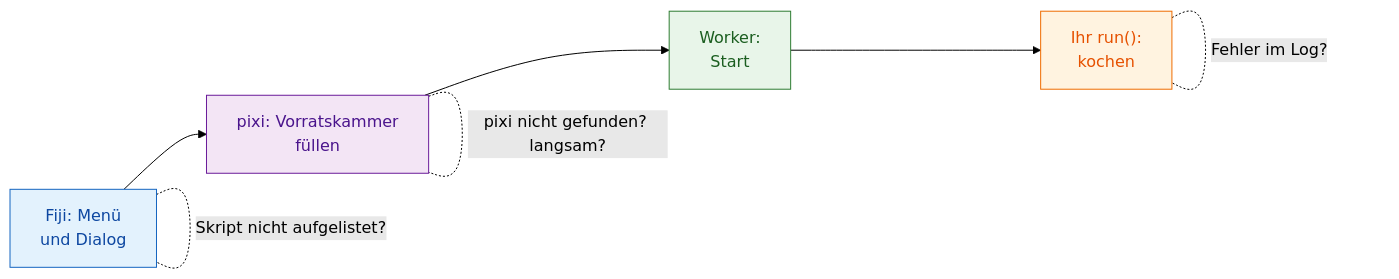
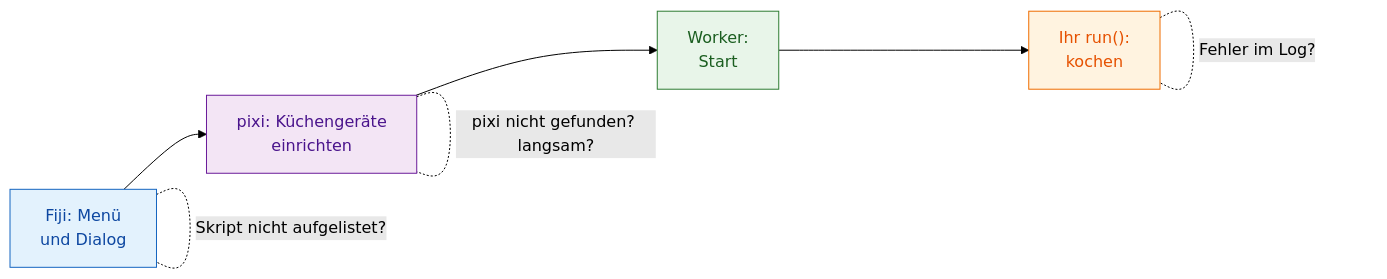
The diagram in guide/help/troubleshooting.de.md (Oxford-Zeiss-Centre-of-Excellence/Wavu), drawn with Mermaid (forest theme) before and after one commit. The commit also changed other lines of this file and 221 other files, not shown here.

````diff
--- a/guide/help/troubleshooting.de.md
+++ b/guide/help/troubleshooting.de.md
@@ -12,12 +12,12 @@
 ```mermaid
 flowchart LR
-    A["Fiji: Menü<br/>und Dialog"]:::fiji --> B["pixi: Vorratskammer<br/>füllen"]:::env --> C["Worker:<br/>Start"]:::worker --> D["Ihr run():<br/>kochen"]:::script
+    A["Fiji: Menü<br/>und Dialog"]:::fiji --> B["pixi: Küchengeräte<br/>einrichten"]:::env --> C["Worker:<br/>Start"]:::worker --> D["Ihr run():<br/>kochen"]:::script
     A -. "Skript nicht aufgelistet?" .- A
     B -. "pixi nicht gefunden? langsam?" .- B
     D -. "Fehler im Log?" .- D
 
     classDef fiji   fill:#e3f2fd,stroke:#1565c0,color:#0d47a1
     classDef worker fill:#e8f5e9,stroke:#2e7d32,color:#1b5e20
     classDef script fill:#fff3e0,stroke:#ef6c00,color:#e65100
     classDef env    fill:#f3e5f5,stroke:#6a1b9a,color:#4a148c
 ```
````
